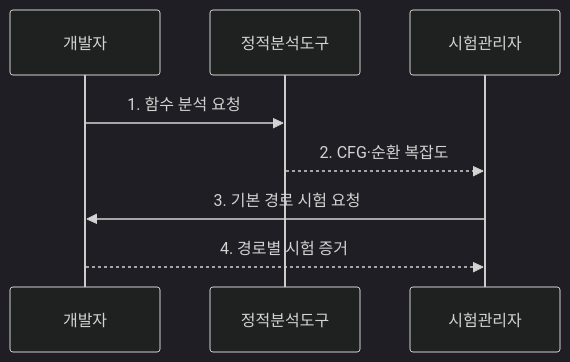
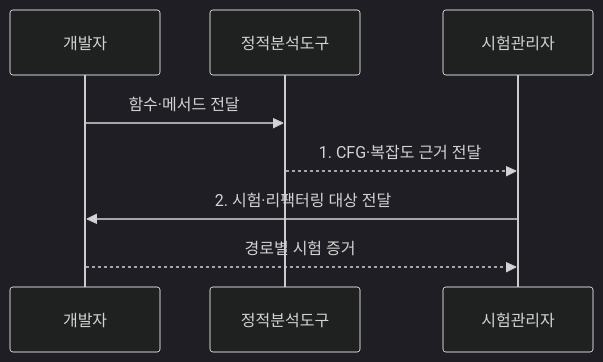
The second of 2 diagrams in src/content/docs/notes/06-evaluation/035_cyclomatic_complexity.md (agnusdei1207/knowledge-base), drawn with Mermaid (dark theme) before and after one commit. The commit also changed other lines of this file and 20 other files, not shown here.

````diff
--- a/src/content/docs/notes/06-evaluation/035_cyclomatic_complexity.md
+++ b/src/content/docs/notes/06-evaluation/035_cyclomatic_complexity.md
@@ -84,10 +84,10 @@
 ```mermaid
 sequenceDiagram
     participant D as 개발자
     participant A as 정적분석도구
     participant T as 시험관리자
-    D->>A: 1. 함수 분석 요청
-    A-->>T: 2. CFG·순환 복잡도
-    T->>D: 3. 기본 경로 시험 요청
-    D-->>T: 4. 경로별 시험 증거
+    D->>A: 함수·메서드 전달
+    A-->>T: 1. CFG·복잡도 근거 전달
+    T->>D: 2. 시험·리팩터링 대상 전달
+    D-->>T: 경로별 시험 증거
 ```
````
